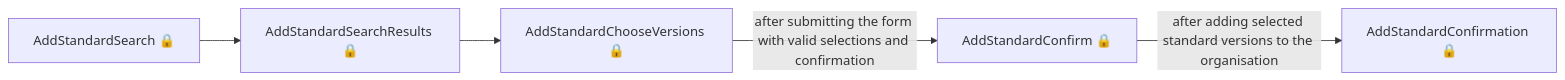
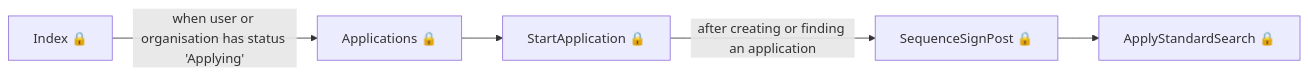
One commit to talentconsulting/atlas-dfe changed the first of 5 diagrams in das-assessor-service/user-journeys/user-journeys.md. Above: the diagram before and after it, drawn with Mermaid. The commit also changed other lines of this file and 1 other file, not shown here.

Commit message:
Update generated user journeys (#282)

````diff
--- a/das-assessor-service/user-journeys/user-journeys.md
+++ b/das-assessor-service/user-journeys/user-journeys.md
@@ -9,7 +9,7 @@
 ```mermaid
 flowchart LR
-  p0["AddStandardSearch 🔒"] --> p1["AddStandardSearchResults 🔒"]
-  p1["AddStandardSearchResults 🔒"] --> p2["AddStandardChooseVersions 🔒"]
-  p2["AddStandardChooseVersions 🔒"] -->|"after submitting the form with valid selections and confirmation"| p3["AddStandardConfirm 🔒"]
-  p3["AddStandardConfirm 🔒"] -->|"after adding selected standard versions to the organisation"| p4["AddStandardConfirmation 🔒"]
+  p0["Index 🔒"] -->|"when user or organisation has status 'Applying'"| p1["Applications 🔒"]
+  p1["Applications 🔒"] --> p2["StartApplication 🔒"]
+  p2["StartApplication 🔒"] -->|"after creating or finding an application"| p3["SequenceSignPost 🔒"]
+  p3["SequenceSignPost 🔒"] --> p4["ApplyStandardSearch 🔒"]
 ```
````
